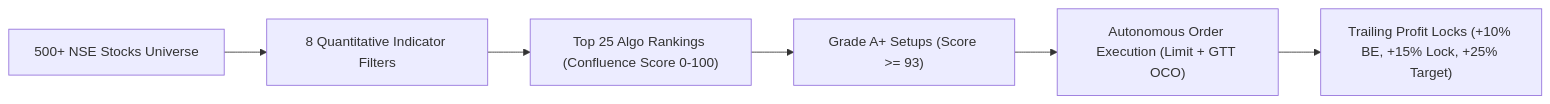
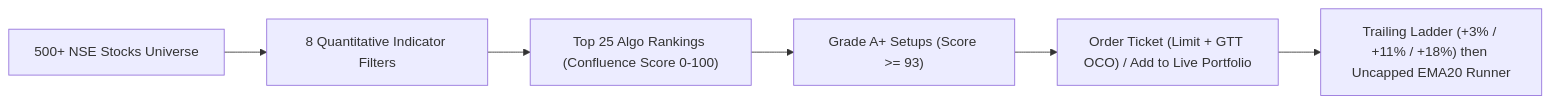
Before and after one commit to Sahil020701/QuantSentinal: the first of 2 diagrams in QUANT_SENTINEL_COMPLETE_GUIDE.md, drawn with Mermaid. The commit also changed other lines of this file and 2 other files, not shown here.

Commit message:
refactor: update UI components and documentation to reflect new trailing stop-loss ladder and strategy rules

````diff
--- a/QUANT_SENTINEL_COMPLETE_GUIDE.md
+++ b/QUANT_SENTINEL_COMPLETE_GUIDE.md
@@ -44,8 +51,8 @@
 ```mermaid
 flowchart LR
     A["500+ NSE Stocks Universe"] --> B["8 Quantitative Indicator Filters"]
     B --> C["Top 25 Algo Rankings (Confluence Score 0-100)"]
     C --> D["Grade A+ Setups (Score >= 93)"]
-    D --> E["Autonomous Order Execution (Limit + GTT OCO)"]
-    E --> F["Trailing Profit Locks (+10% BE, +15% Lock, +25% Target)"]
+    D --> E["Order Ticket (Limit + GTT OCO) / Add to Live Portfolio"]
+    E --> F["Trailing Ladder (+3% / +11% / +18%) then Uncapped EMA20 Runner"]
 ```
````
